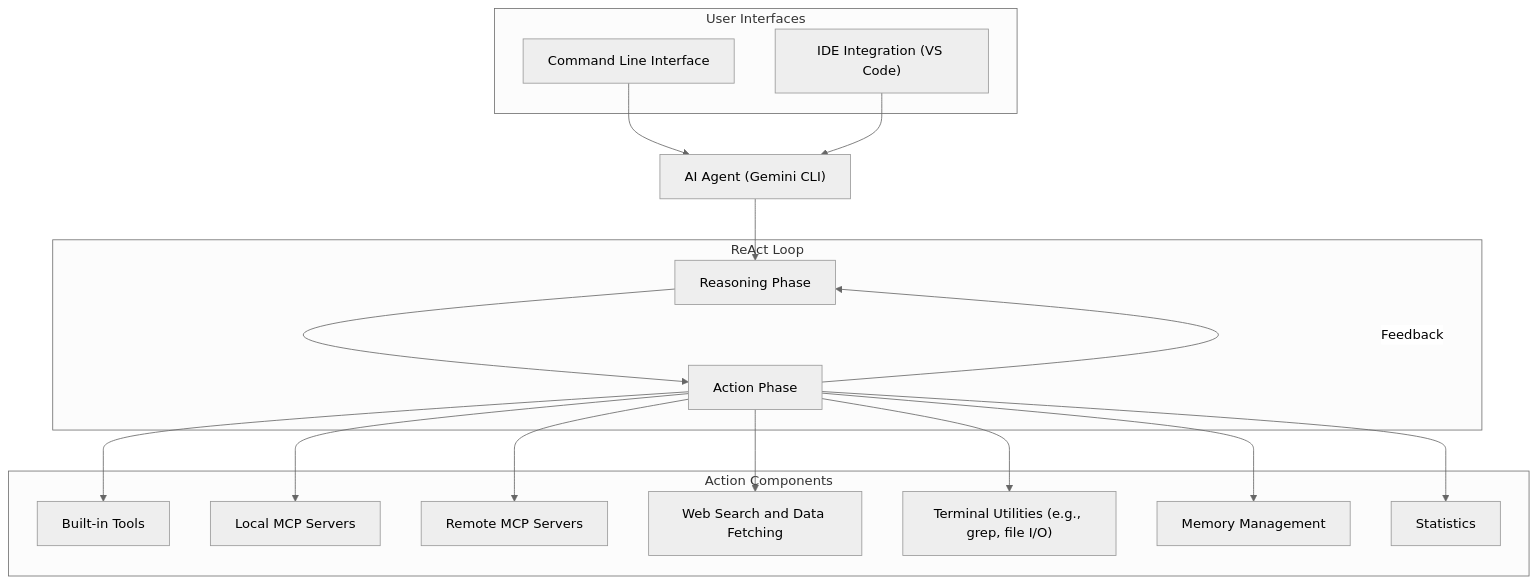
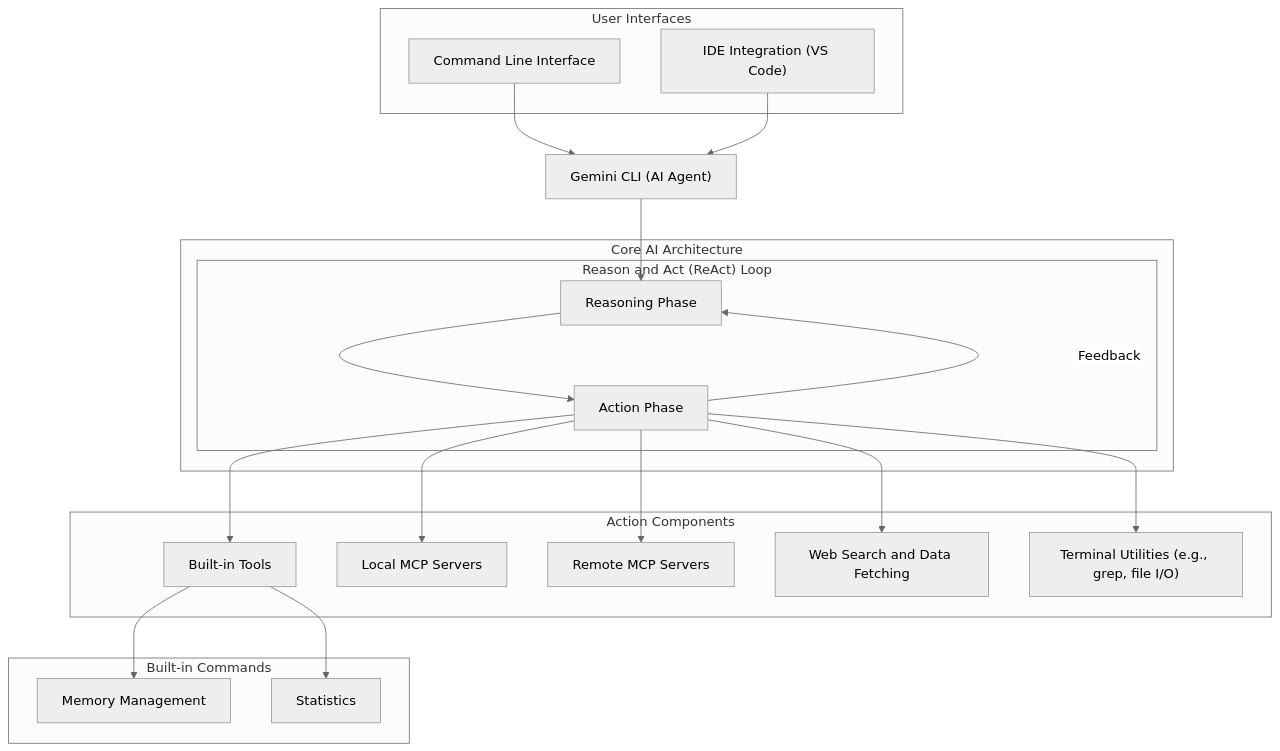
Before and after one commit to ricardoherediaj/underdoc: the diagram in inputs/tests/00_debug/article.md, drawn with Mermaid (neutral theme). The commit also changed other lines of this file and 31 other files, not shown here.

````diff
--- a/inputs/tests/00_debug/article.md
+++ b/inputs/tests/00_debug/article.md
@@ -22,37 +20,44 @@
 ```mermaid
 graph TD
     subgraph "User Interfaces"
-        CLI["Command Line Interface"]
-        IDE["IDE Integration (VS Code)"]
+        CLI_UI["Command Line Interface"]
+        IDE_UI["IDE Integration (VS Code)"]
     end
 
-    CLI --> Agent["AI Agent (Gemini CLI)"]
-    IDE --> Agent
+    CLI_UI --> GeminiCLI["Gemini CLI (AI Agent)"]
+    IDE_UI --> GeminiCLI
 
-    subgraph "ReAct Loop"
-        Reason["Reasoning Phase"]
-        Act["Action Phase"]
+    subgraph "Core AI Architecture"
+        subgraph "Reason and Act (ReAct) Loop"
+            Reasoning["Reasoning Phase"]
+            Action["Action Phase"]
+        end
     end
 
-    Agent --> Reason
-    Reason --> Act
-    Act -- "Feedback" --> Reason
+    GeminiCLI --> Reasoning
+    Reasoning --> Action
 
     subgraph "Action Components"
         BuiltinTools["Built-in Tools"]
         LocalMCP["Local MCP Servers"]
         RemoteMCP["Remote MCP Servers"]
         WebSearch["Web Search and Data Fetching"]
         TerminalUtils["Terminal Utilities (e.g., grep, file I/O)"]
-        Memory["Memory Management"]
-        Stats["Statistics"]
     end
 
-    Act --> BuiltinTools
-    Act --> LocalMCP
-    Act --> RemoteMCP
-    Act --> WebSearch
-    Act --> TerminalUtils
-    Act --> Memory
-    Act --> Stats
+    Action --> BuiltinTools
+    Action --> LocalMCP
+    Action --> RemoteMCP
+    Action --> WebSearch
+    Action --> TerminalUtils
+
+    subgraph "Built-in Commands"
+        MemoryMgmt["Memory Management"]
+        Statistics["Statistics"]
+    end
+
+    BuiltinTools --> MemoryMgmt
+    BuiltinTools --> Statistics
+
+    Action -- "Feedback" --> Reasoning
 ```
````
